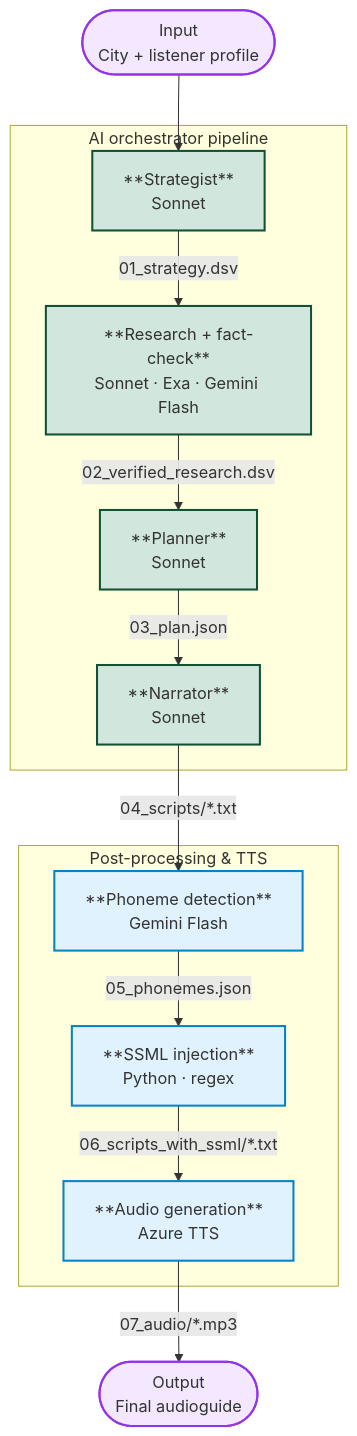
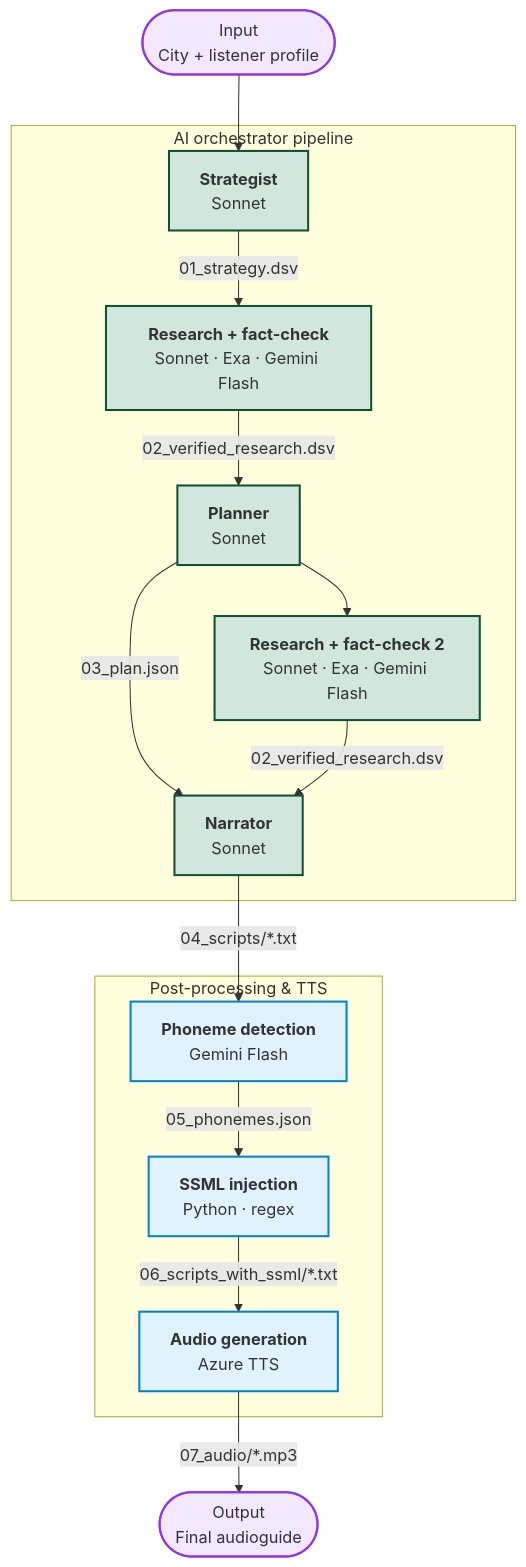
Before and after one commit to AggressiveBaguette/AIdioGuide: the first of 2 diagrams in readme.md, drawn with Mermaid.

````diff
--- a/readme.md
+++ b/readme.md
@@ -40,32 +40,35 @@
 ```mermaid
 flowchart TD
     classDef io fill:#f3e8ff,stroke:#9333ea,stroke-width:2px
     classDef agent fill:#d1e7dd,stroke:#0f5132,stroke-width:2px
     classDef tech fill:#e0f2fe,stroke:#0284c7,stroke-width:2px
 
     Input([Input\nCity + listener profile]):::io
 
     subgraph CorePipeline [AI orchestrator pipeline]
-        S["**Strategist**\nSonnet"]:::agent
-        R["**Research + fact-check**\nSonnet · Exa · Gemini Flash"]:::agent
-        P["**Planner**\nSonnet"]:::agent
-        N["**Narrator**\nSonnet"]:::agent
+        S["<b>Strategist</b>\nSonnet"]:::agent
+        R["<b>Research + fact-check</b>\nSonnet · Exa · Gemini Flash"]:::agent
+        P["<b>Planner</b>\nSonnet"]:::agent
+        R2["<b>Research + fact-check 2</b>\nSonnet · Exa · Gemini Flash"]:::agent
+        N["<b>Narrator</b>\nSonnet"]:::agent
     end
 
     subgraph TechnicalGeneration [Post-processing & TTS]
-    Ph["**Phoneme detection**\nGemini Flash"]:::tech
-    SSML["**SSML injection**\nPython · regex"]:::tech
-    A["**Audio generation**\nAzure TTS"]:::tech
+    Ph["<b>Phoneme detection</b>\nGemini Flash"]:::tech
+    SSML["<b>SSML injection</b>\nPython · regex"]:::tech
+    A["<b>Audio generation</b>\nAzure TTS"]:::tech
     end
 
     Output([Output\nFinal audioguide]):::io
 
     Input --> S
     S -->|01_strategy.dsv| R
     R -->|02_verified_research.dsv| P
     P -->|03_plan.json| N
+    P --> R2
+    R2 --> |02_verified_research.dsv| N
     N -->|04_scripts/*.txt| Ph
     Ph -->|05_phonemes.json| SSML
     SSML -->|06_scripts_with_ssml/*.txt| A
     A -->|07_audio/*.mp3| Output
 ```
````
